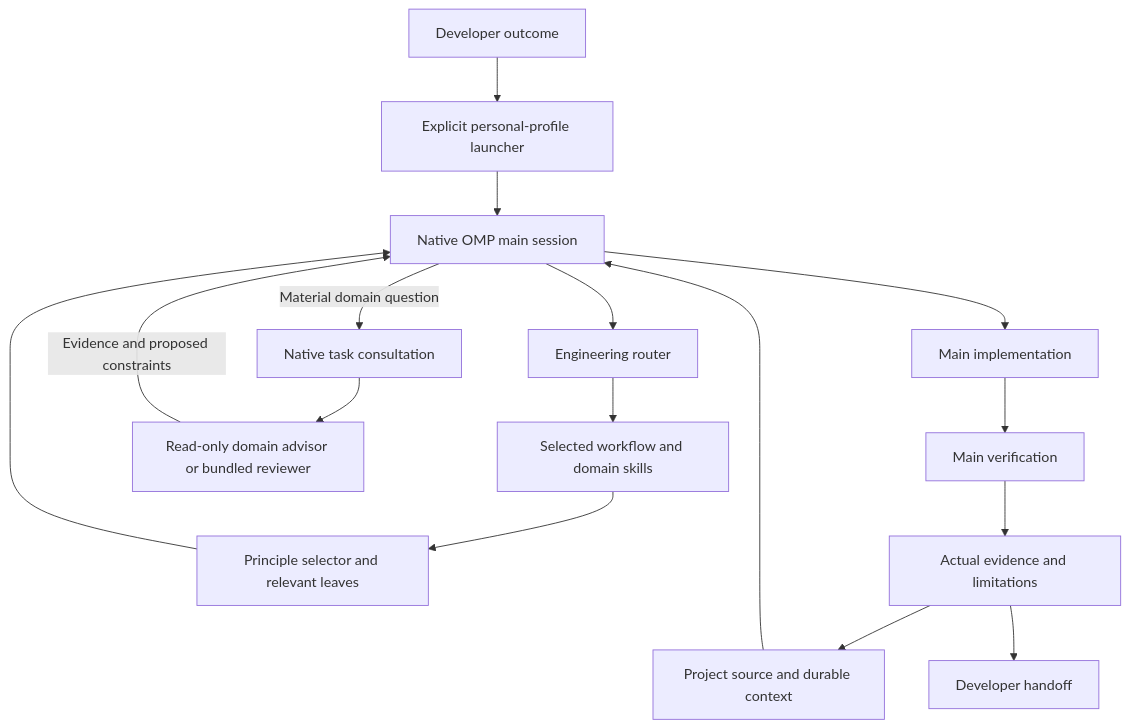
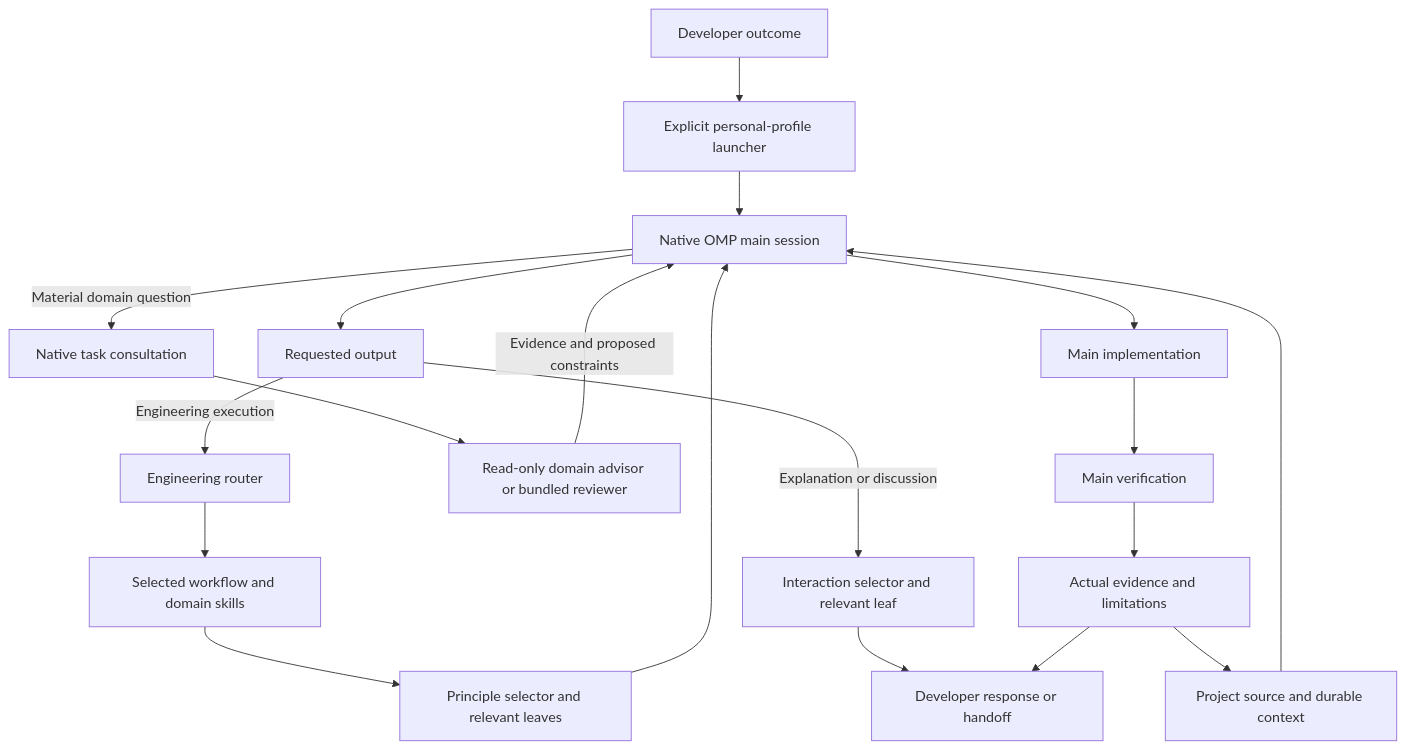
Before and after one commit to alduraimron/agent-first: the diagram in docs/architecture.md, drawn with Mermaid. The commit also changed other lines of this file and 5 other files, not shown here.

````diff
--- a/docs/architecture.md
+++ b/docs/architecture.md
@@ -7,18 +7,21 @@
 ```mermaid
 flowchart TD
     U[Developer outcome] --> L[Explicit personal-profile launcher]
     L --> M[Native OMP main session]
     C[Project source and durable context] --> M
-    M --> R[Engineering router]
+    M --> Q[Requested output]
+    Q -->|Engineering execution| R[Engineering router]
+    Q -->|Explanation or discussion| S[Interaction selector and relevant leaf]
+    S --> H
     R --> W[Selected workflow and domain skills]
     W --> P[Principle selector and relevant leaves]
     P --> M
     M -->|Material domain question| T[Native task consultation]
     T --> A[Read-only domain advisor or bundled reviewer]
     A -->|Evidence and proposed constraints| M
     M --> I[Main implementation]
     I --> V[Main verification]
     V --> E[Actual evidence and limitations]
     E --> C
-    E --> H[Developer handoff]
+    E --> H[Developer response or handoff]
 ```
````
